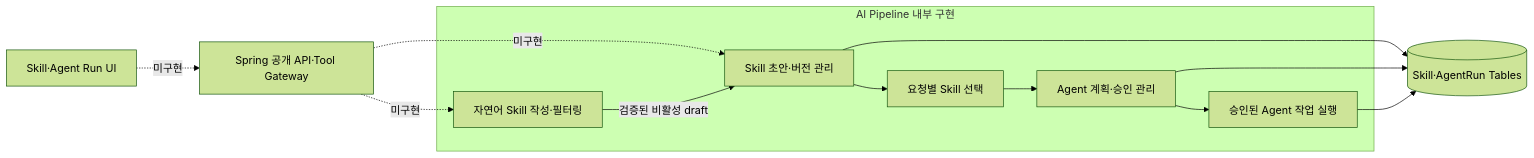
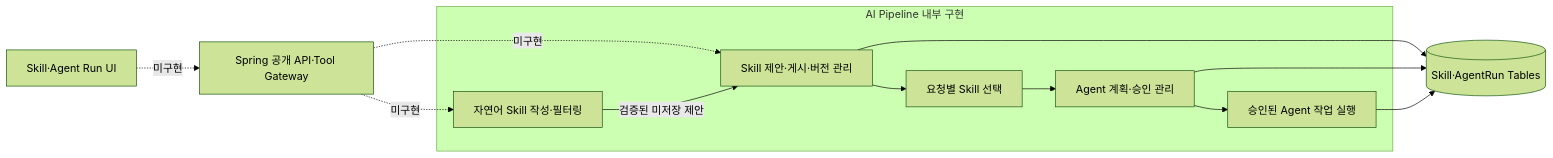
Diagram 13 of 15 in docs/core-data-flow.md (FruitionKR/local-pilot), drawn with Mermaid (forest theme) before and after one commit. The commit also changed other lines of this file and 29 other files, not shown here.

````diff
--- a/docs/core-data-flow.md
+++ b/docs/core-data-flow.md
@@ -637,24 +637,24 @@
 ```mermaid
 flowchart LR
     UI[Skill·Agent Run UI]
     SPRING[Spring 공개 API·Tool Gateway]
 
     subgraph INTERNAL[AI Pipeline 내부 구현]
         AUTHOR["자연어 Skill 작성·필터링"]
-        SKILL["Skill 초안·버전 관리"]
+        SKILL["Skill 제안·게시·버전 관리"]
         SELECT["요청별 Skill 선택"]
         PLAN["Agent 계획·승인 관리"]
         EXECUTE["승인된 Agent 작업 실행"]
     end
 
     DB[(Skill·AgentRun Tables)]
 
     UI -. 미구현 .-> SPRING
     SPRING -. 미구현 .-> AUTHOR
     SPRING -. 미구현 .-> SKILL
-    AUTHOR -->|검증된 비활성 draft| SKILL
+    AUTHOR -->|검증된 미저장 제안| SKILL
     SKILL --> SELECT --> PLAN --> EXECUTE
     SKILL --> DB
     PLAN --> DB
     EXECUTE --> DB
 ```
````
